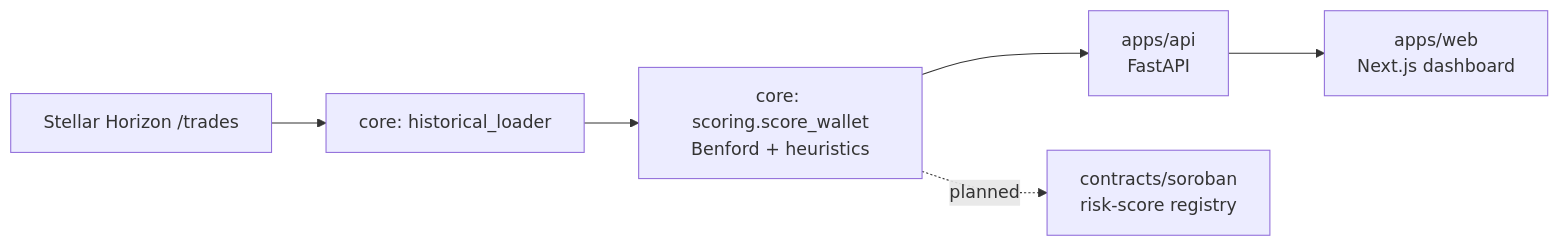
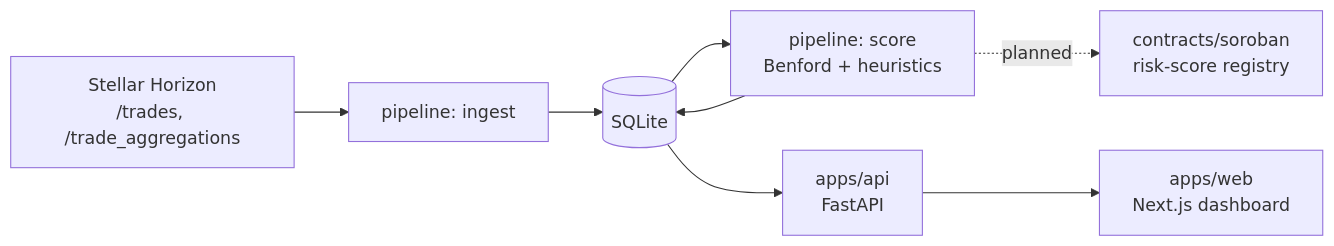
One commit to Stellar-lens/Stellar-Lense changed the diagram in README.md. Above: the diagram before and after it, drawn with Mermaid. The commit also changed other lines of this file, not shown here.

````diff
--- a/README.md
+++ b/README.md
@@ -32,8 +33,10 @@
 ```mermaid
 flowchart LR
-    H[Stellar Horizon /trades] --> L[core: historical_loader]
-    L --> S[core: scoring.score_wallet<br/>Benford + heuristics]
-    S --> A[apps/api<br/>FastAPI]
+    H[Stellar Horizon<br/>/trades, /trade_aggregations] --> P[pipeline: ingest]
+    P --> D[(SQLite)]
+    D --> S[pipeline: score<br/>Benford + heuristics]
+    S --> D
+    D --> A[apps/api<br/>FastAPI]
     A --> W[apps/web<br/>Next.js dashboard]
     S -.planned.-> C[contracts/soroban<br/>risk-score registry]
 ```
````
